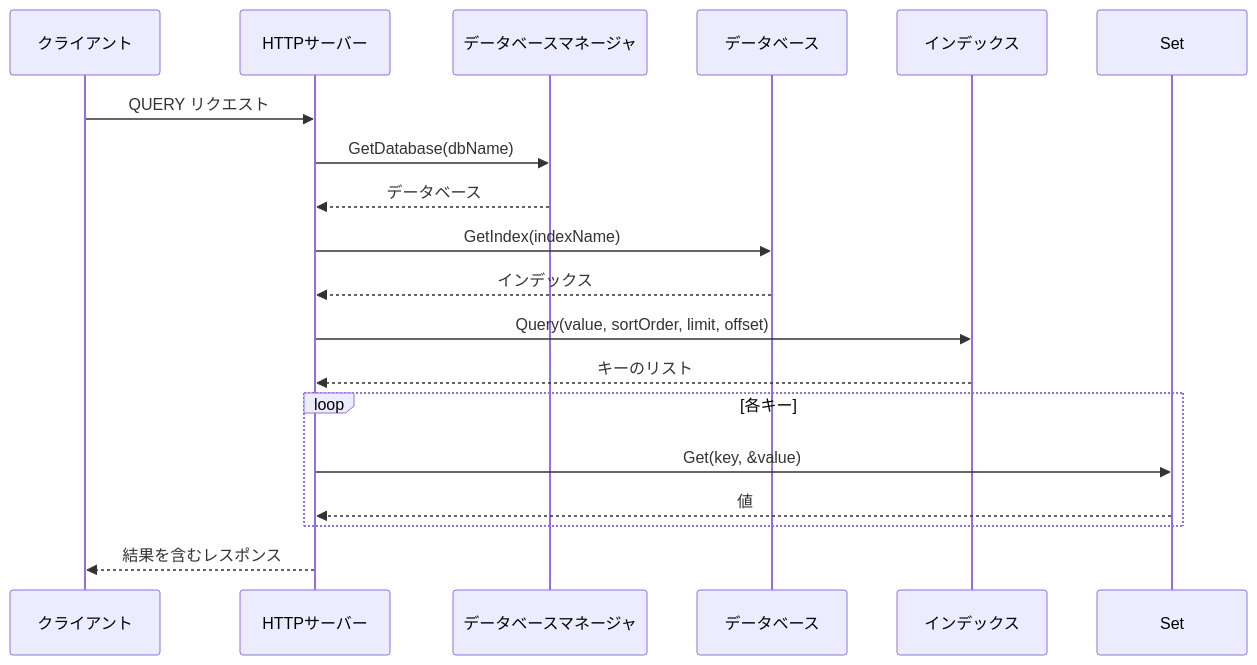
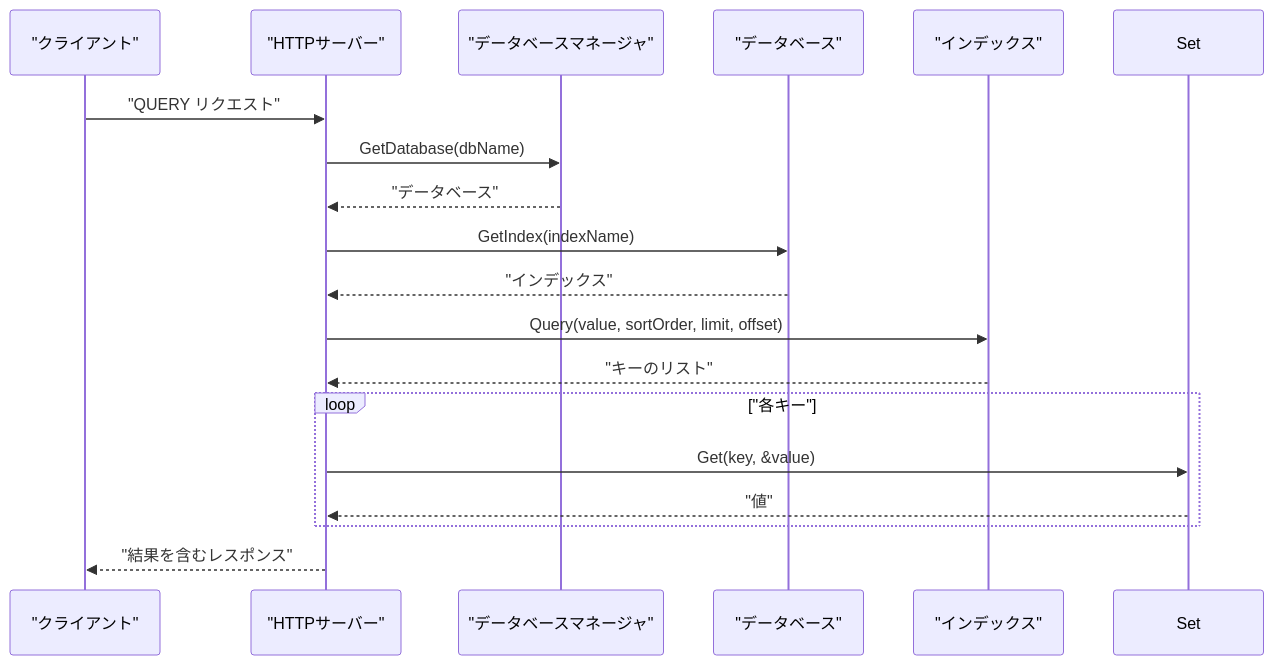
One commit to ssig33/fuckbase changed diagram 11 of 11 in textbooks/02_architecture.md. Above: the diagram before and after it, drawn with Mermaid. The commit also changed other lines of this file and 6 other files, not shown here.

Commit message:
Fix Mermaid diagrams by properly enclosing Japanese text in double quotes to prevent control character misinterpretation

````diff
--- a/textbooks/02_architecture.md
+++ b/textbooks/02_architecture.md
@@ -223,24 +223,24 @@
 ```mermaid
 sequenceDiagram
-    participant Client as クライアント
-    participant Server as HTTPサーバー
-    participant DBManager as データベースマネージャ
-    participant DB as データベース
-    participant Index as インデックス
+    participant Client as "クライアント"
+    participant Server as "HTTPサーバー"
+    participant DBManager as "データベースマネージャ"
+    participant DB as "データベース"
+    participant Index as "インデックス"
     participant Set as Set
     
-    Client->>Server: QUERY リクエスト
+    Client->>Server: "QUERY リクエスト"
     Server->>DBManager: GetDatabase(dbName)
-    DBManager-->>Server: データベース
+    DBManager-->>Server: "データベース"
     Server->>DB: GetIndex(indexName)
-    DB-->>Server: インデックス
+    DB-->>Server: "インデックス"
     Server->>Index: Query(value, sortOrder, limit, offset)
-    Index-->>Server: キーのリスト
+    Index-->>Server: "キーのリスト"
     
-    loop 各キー
+    loop "各キー"
         Server->>Set: Get(key, &value)
-        Set-->>Server: 値
+        Set-->>Server: "値"
     end
     
-    Server-->>Client: 結果を含むレスポンス
+    Server-->>Client: "結果を含むレスポンス"
 ```
````
